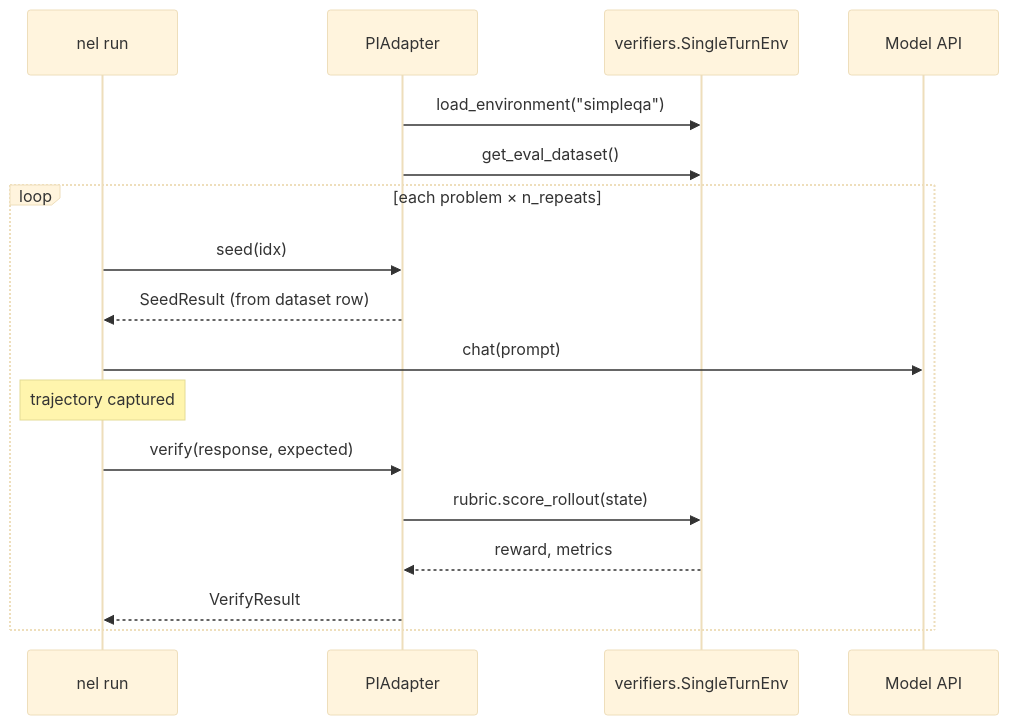
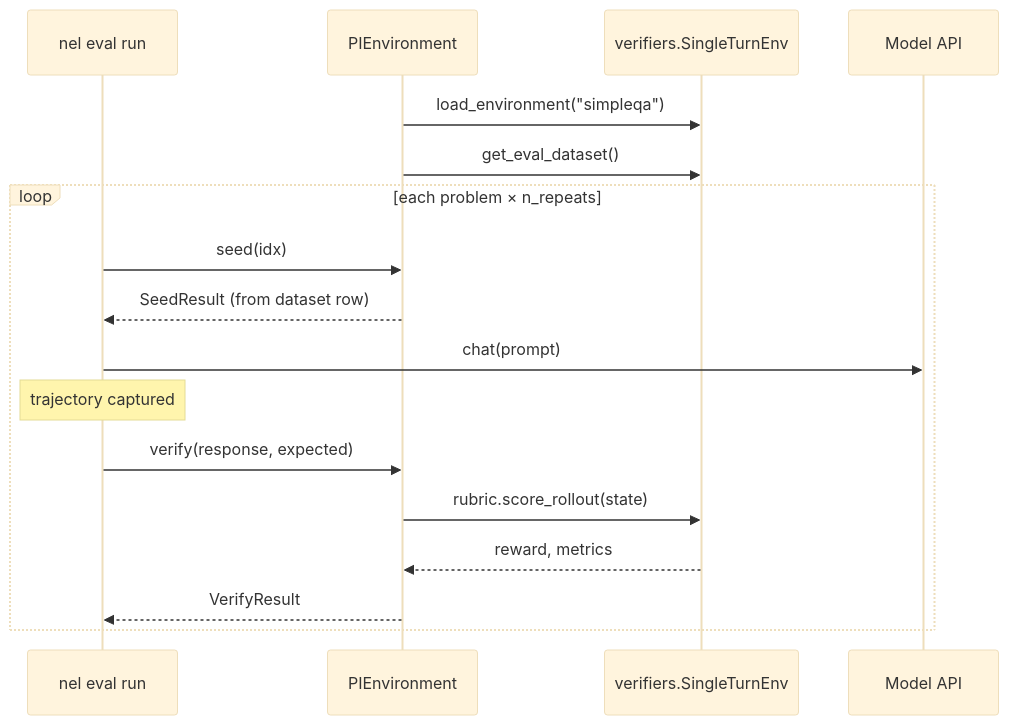
The fifth of 5 diagrams in docs/deployment-patterns.md (NVIDIA-NeMo/Evaluator), drawn with Mermaid (base theme) before and after one commit. The commit also changed other lines of this file and 84 other files, not shown here.

````diff
--- a/docs/deployment-patterns.md
+++ b/docs/deployment-patterns.md
@@ -215,23 +218,23 @@
 ```{mermaid}
 sequenceDiagram
-    participant Eval as nel run
-    participant PI as PIAdapter
+    participant Eval as nel eval run
+    participant PI as PIEnvironment
     participant VF as verifiers.SingleTurnEnv
     participant Model as Model API
 
     PI->>VF: load_environment("simpleqa")
     PI->>VF: get_eval_dataset()
 
     loop each problem × n_repeats
         Eval->>PI: seed(idx)
         PI-->>Eval: SeedResult (from dataset row)
 
         Eval->>Model: chat(prompt)
         Note over Eval: trajectory captured
 
         Eval->>PI: verify(response, expected)
         PI->>VF: rubric.score_rollout(state)
         VF-->>PI: reward, metrics
         PI-->>Eval: VerifyResult
     end
 ```
````
